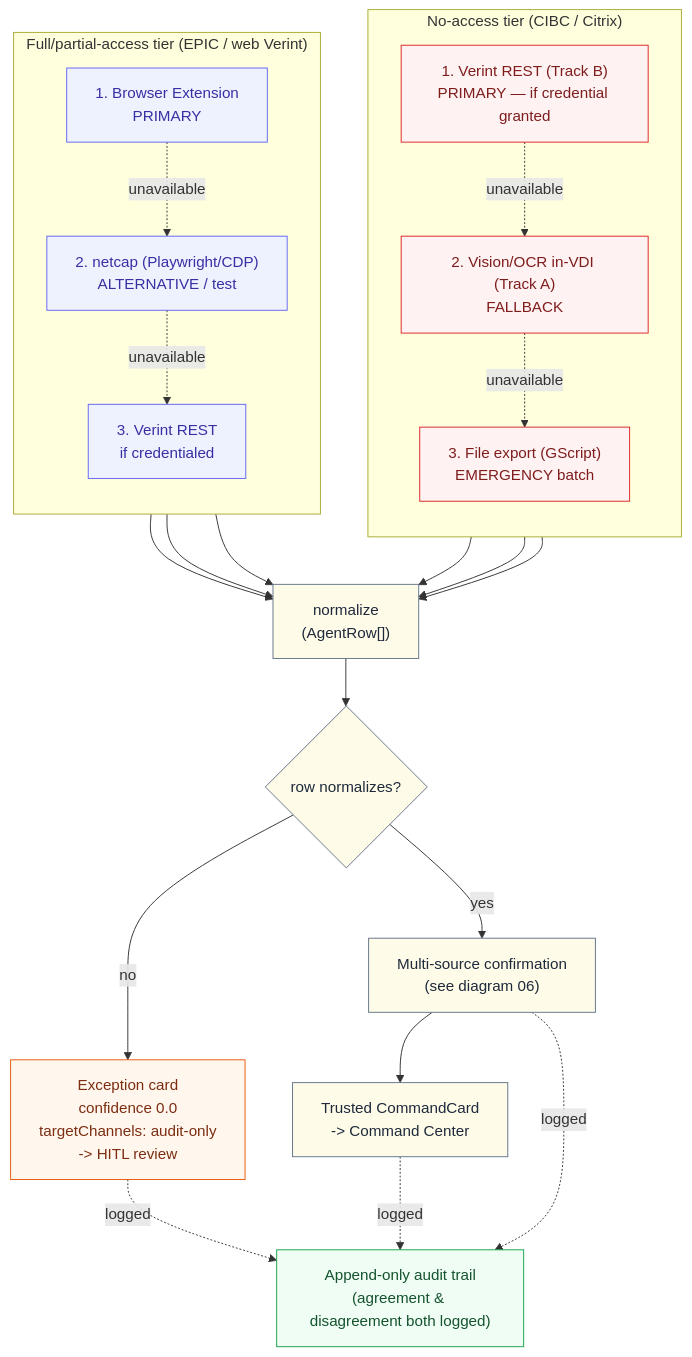
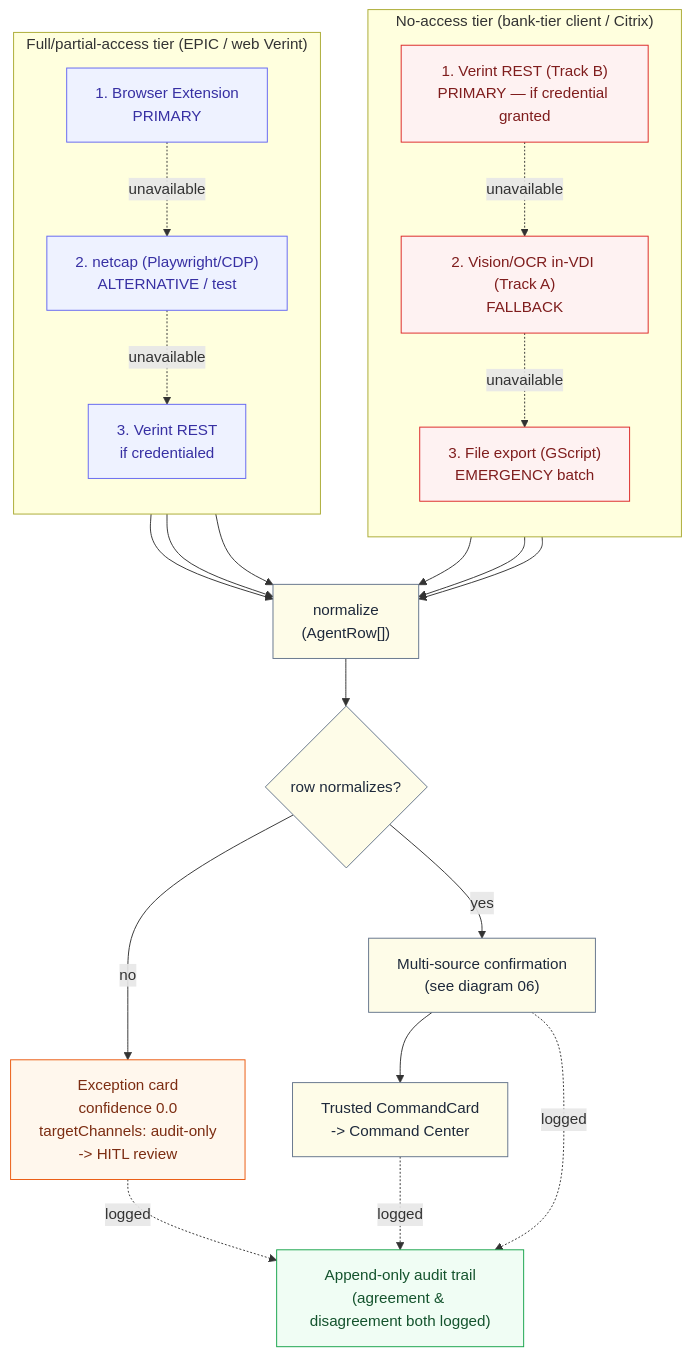
One commit to MateusPoatek/RTA_Command_Center changed the fourth of 5 diagrams in POC_Redefined/docs/engineering/CONNECTOR_CATALOG.md. Above: the diagram before and after it, drawn with Mermaid. The commit also changed other lines of this file and 150 other files, not shown here.

````diff
--- a/POC_Redefined/docs/engineering/CONNECTOR_CATALOG.md
+++ b/POC_Redefined/docs/engineering/CONNECTOR_CATALOG.md
@@ -255,54 +255,54 @@
 ```mermaid
 flowchart TB
 
-    subgraph CIBC ["No-access tier (CIBC / Citrix)"]
+    subgraph BANKTIER ["No-access tier (bank-tier client / Citrix)"]
         direction TB
         C1["1. Verint REST (Track B)\nPRIMARY — if credential granted"]
         C2["2. Vision/OCR in-VDI (Track A)\nFALLBACK"]
         C3["3. File export (GScript)\nEMERGENCY batch"]
         C1 -. "unavailable" .-> C2
         C2 -. "unavailable" .-> C3
     end
 
     subgraph EPIC ["Full/partial-access tier (EPIC / web Verint)"]
         direction TB
         E1["1. Browser Extension\nPRIMARY"]
         E2["2. netcap (Playwright/CDP)\nALTERNATIVE / test"]
         E3["3. Verint REST\nif credentialed"]
         E1 -. "unavailable" .-> E2
         E2 -. "unavailable" .-> E3
     end
 
     Norm["normalize\n(AgentRow[])"]
     Conf{"row normalizes?"}
     Except["Exception card\nconfidence 0.0\ntargetChannels: audit-only\n-> HITL review"]
     Multi["Multi-source confirmation\n(see diagram 06)"]
     Trust["Trusted CommandCard\n-> Command Center"]
     Audit["Append-only audit trail\n(agreement & disagreement both logged)"]
 
     C1 --> Norm
     C2 --> Norm
     C3 --> Norm
     E1 --> Norm
     E2 --> Norm
     E3 --> Norm
     Norm --> Conf
     Conf -- "no" --> Except
     Conf -- "yes" --> Multi
     Multi --> Trust
     Except -. "logged" .-> Audit
     Trust -. "logged" .-> Audit
     Multi -. "logged" .-> Audit
 
-    classDef cibc fill:#fef2f2,stroke:#dc2626,color:#7f1d1d
+    classDef bankTierClass fill:#fef2f2,stroke:#dc2626,color:#7f1d1d
     classDef epic fill:#eef2ff,stroke:#6366f1,color:#3730a3
     classDef core fill:#fefce8,stroke:#64748b,color:#1e293b
     classDef warn fill:#fff7ed,stroke:#ea580c,color:#7c2d12
     classDef store fill:#f0fdf4,stroke:#16a34a,color:#14532d
 
-    class C1,C2,C3 cibc
+    class C1,C2,C3 bankTierClass
     class E1,E2,E3 epic
     class Norm,Conf,Multi,Trust core
     class Except warn
     class Audit store
 ```
````
